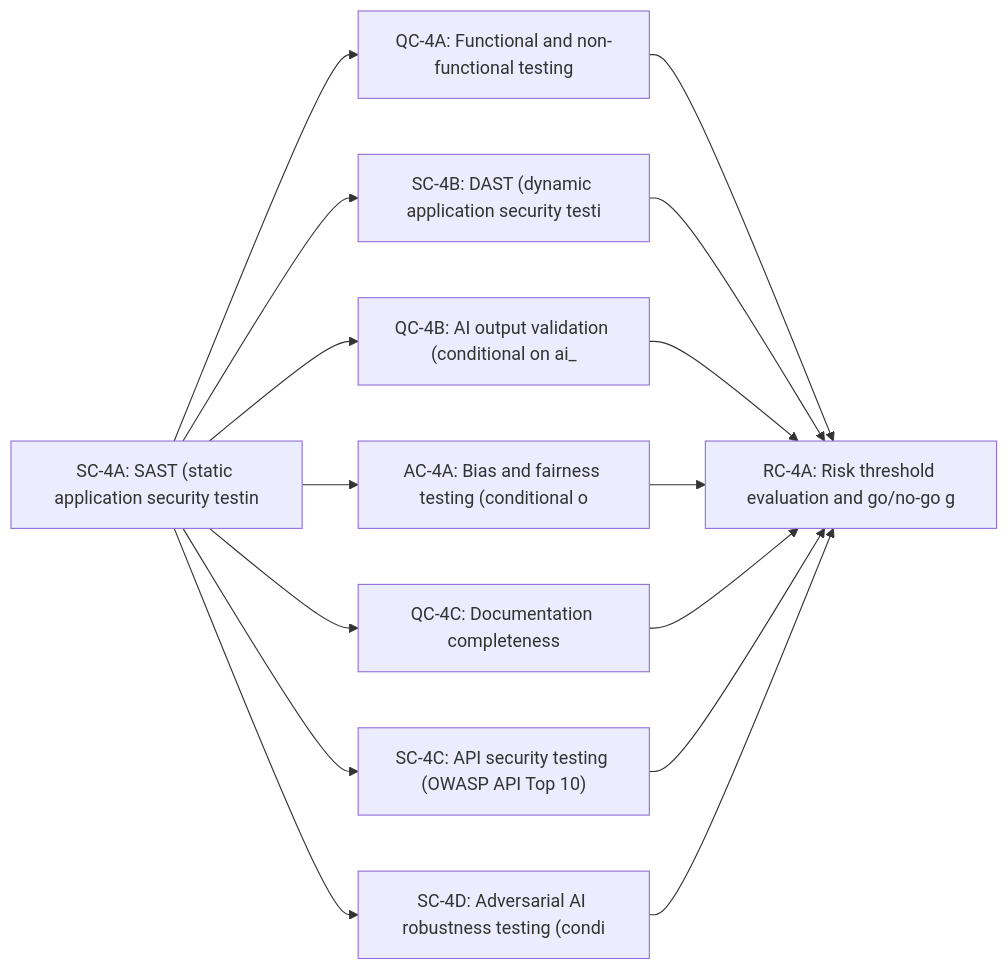
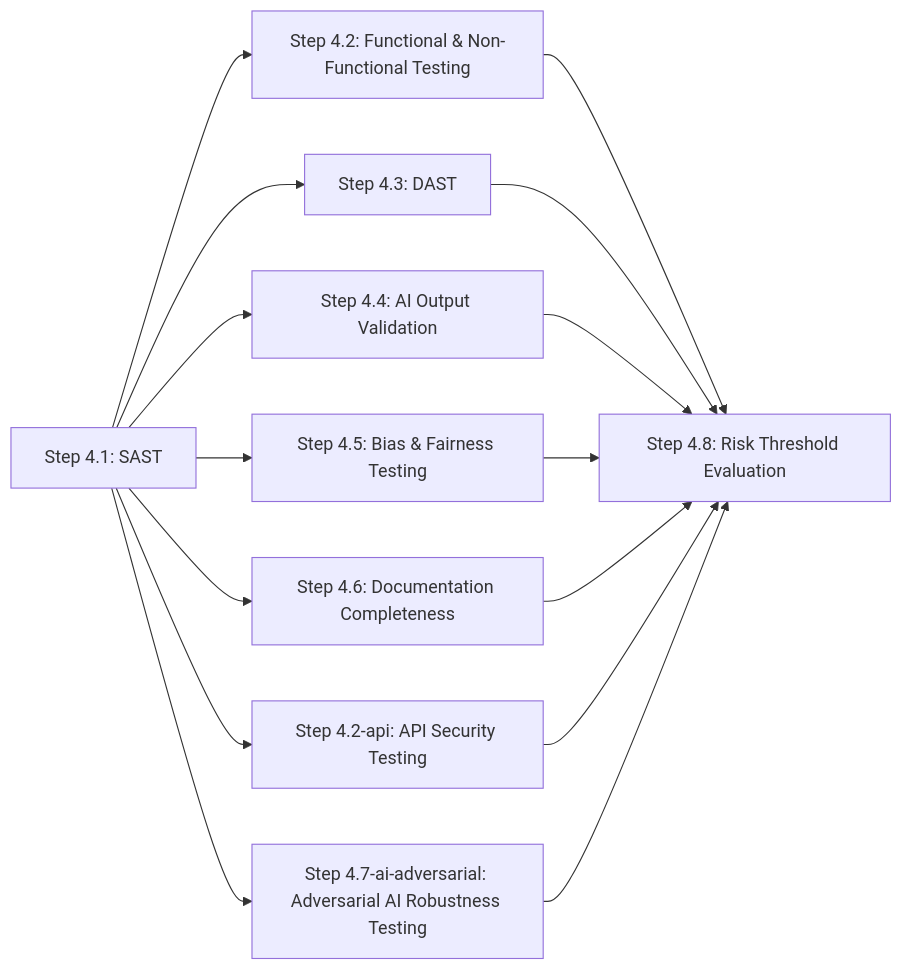
Before and after one commit to jvanheerikhuize/a-sdlc: the diagram in stages/04-testing-documentation/README.md, drawn with Mermaid. The commit also changed other lines of this file and 18 other files, not shown here.

First line of the commit message:
Base mermaid workflow diagrams on steps instead of controls

````diff
--- a/stages/04-testing-documentation/README.md
+++ b/stages/04-testing-documentation/README.md
@@ -44,26 +44,26 @@
 ```mermaid
 graph LR
-  n-sc4a["SC-4A: SAST (static application security testin"]
-  n-qc4a["QC-4A: Functional and non-functional testing"]
-  n-sc4b["SC-4B: DAST (dynamic application security testi"]
-  n-qc4b["QC-4B: AI output validation (conditional on ai_"]
-  n-ac4a["AC-4A: Bias and fairness testing (conditional o"]
-  n-qc4c["QC-4C: Documentation completeness"]
-  n-sc4c["SC-4C: API security testing (OWASP API Top 10)"]
-  n-sc4d["SC-4D: Adversarial AI robustness testing (condi"]
-  n-rc4a["RC-4A: Risk threshold evaluation and go/no-go g"]
+  n-sc4a["Step 4.1: SAST"]
+  n-qc4a["Step 4.2: Functional & Non-Functional Testing"]
+  n-sc4b["Step 4.3: DAST"]
+  n-qc4b["Step 4.4: AI Output Validation"]
+  n-ac4a["Step 4.5: Bias & Fairness Testing"]
+  n-qc4c["Step 4.6: Documentation Completeness"]
+  n-sc4c["Step 4.2-api: API Security Testing"]
+  n-sc4d["Step 4.7-ai-adversarial: Adversarial AI Robustness Testing"]
+  n-rc4a["Step 4.8: Risk Threshold Evaluation"]
   n-sc4a --> n-qc4a
   n-sc4a --> n-sc4b
   n-sc4a --> n-qc4b
   n-sc4a --> n-ac4a
   n-sc4a --> n-qc4c
   n-sc4a --> n-sc4c
   n-sc4a --> n-sc4d
   n-qc4a --> n-rc4a
   n-sc4b --> n-rc4a
   n-qc4b --> n-rc4a
   n-ac4a --> n-rc4a
   n-qc4c --> n-rc4a
   n-sc4c --> n-rc4a
   n-sc4d --> n-rc4a
 ```
````
